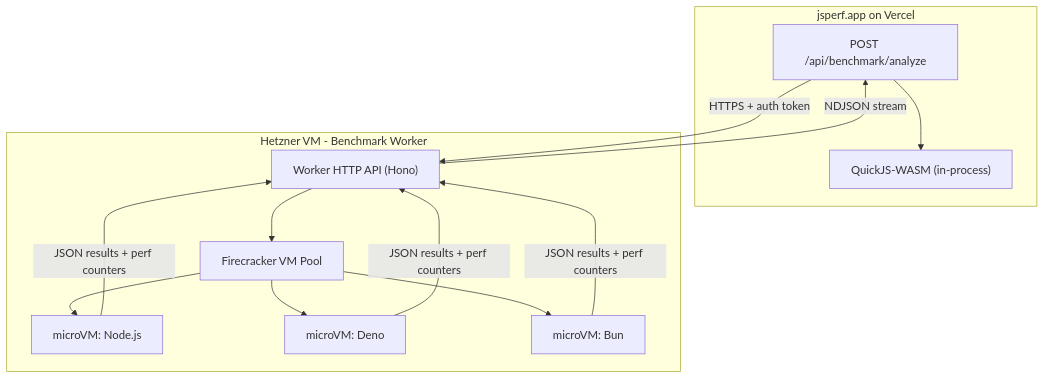
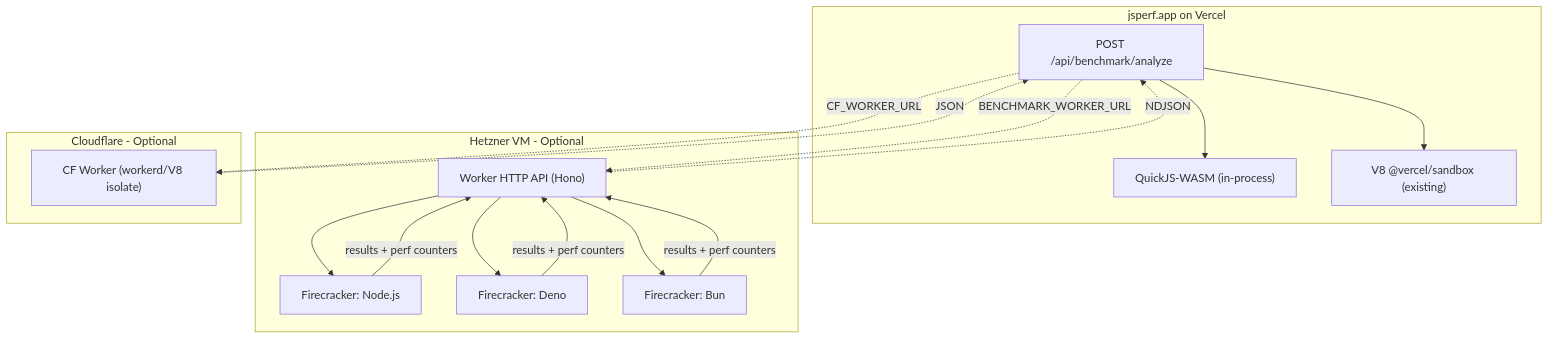
One commit to mr47/jsperf.app changed the diagram in .cursor/plans/firecracker_multi-runtime_benchmarks_2565b613.plan.md. Above: the diagram before and after it, drawn with Mermaid. The commit also changed other lines of this file, not shown here.

````diff
--- a/.cursor/plans/firecracker_multi-runtime_benchmarks_2565b613.plan.md
+++ b/.cursor/plans/firecracker_multi-runtime_benchmarks_2565b613.plan.md
@@ -47,26 +84,32 @@
 ```mermaid
 graph TD
     subgraph vercel [jsperf.app on Vercel]
         AnalyzeAPI["POST /api/benchmark/analyze"]
         QuickJS["QuickJS-WASM (in-process)"]
+        V8Sandbox["V8 @vercel/sandbox (existing)"]
     end
 
-    subgraph hetzner [Hetzner VM - Benchmark Worker]
+    subgraph hetzner [Hetzner VM - Optional]
         WorkerAPI["Worker HTTP API (Hono)"]
-        VMPool["Firecracker VM Pool"]
-        NodeVM["microVM: Node.js"]
-        DenoVM["microVM: Deno"]
-        BunVM["microVM: Bun"]
+        NodeVM["Firecracker: Node.js"]
+        DenoVM["Firecracker: Deno"]
+        BunVM["Firecracker: Bun"]
+    end
+
+    subgraph cloudflare [Cloudflare - Optional]
+        CFWorker["CF Worker (workerd/V8 isolate)"]
     end
 
     AnalyzeAPI --> QuickJS
-    AnalyzeAPI -->|"HTTPS + auth token"| WorkerAPI
-    WorkerAPI --> VMPool
-    VMPool --> NodeVM
-    VMPool --> DenoVM
-    VMPool --> BunVM
-    NodeVM -->|"JSON results + perf counters"| WorkerAPI
-    DenoVM -->|"JSON results + perf counters"| WorkerAPI
-    BunVM -->|"JSON results + perf counters"| WorkerAPI
-    WorkerAPI -->|"NDJSON stream"| AnalyzeAPI
+    AnalyzeAPI --> V8Sandbox
+    AnalyzeAPI -.->|"BENCHMARK_WORKER_URL"| WorkerAPI
+    AnalyzeAPI -.->|"CF_WORKER_URL"| CFWorker
+    WorkerAPI --> NodeVM
+    WorkerAPI --> DenoVM
+    WorkerAPI --> BunVM
+    NodeVM -->|"results + perf counters"| WorkerAPI
+    DenoVM -->|"results + perf counters"| WorkerAPI
+    BunVM -->|"results + perf counters"| WorkerAPI
+    WorkerAPI -.->|"NDJSON"| AnalyzeAPI
+    CFWorker -.->|"JSON"| AnalyzeAPI
 ```
````
